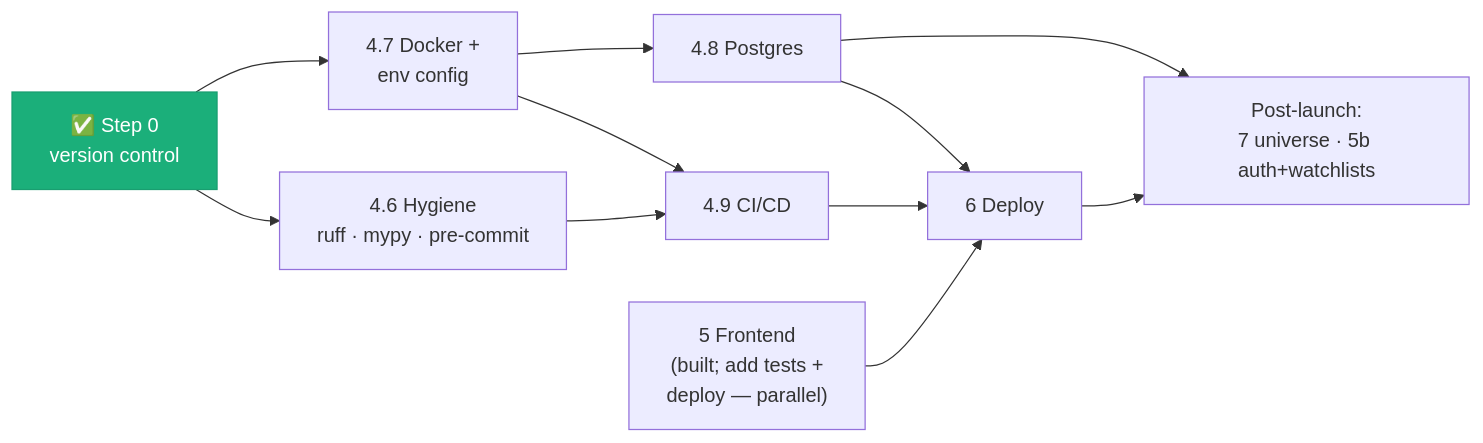
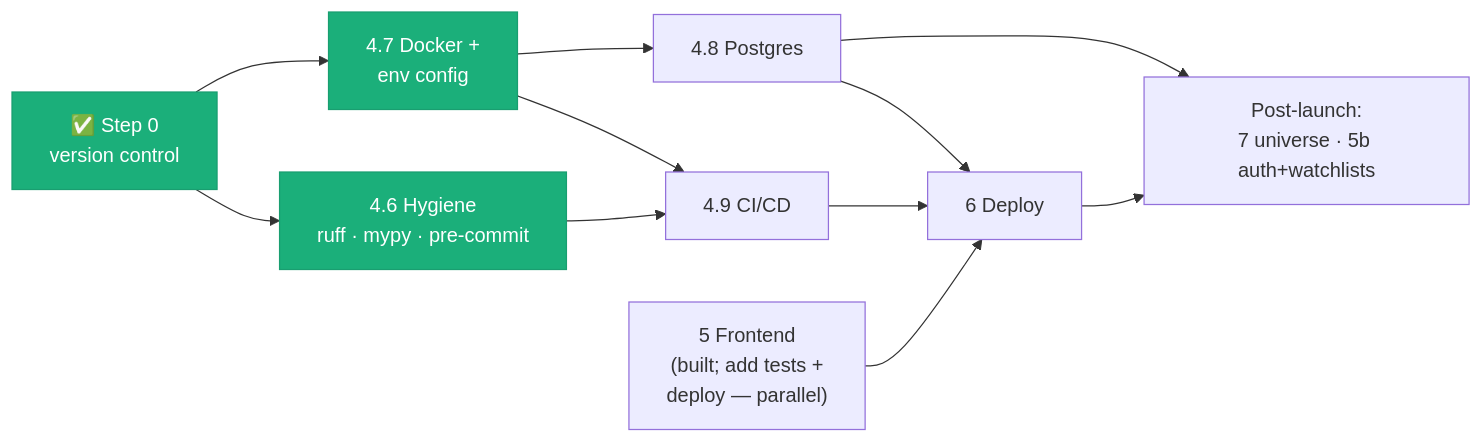
The diagram in docs/prod_roadmap/production-roadmap.md (ankitsree/stock_dependency_tracker), drawn with Mermaid before and after one commit. The commit also changed other lines of this file and 13 other files, not shown here.

````diff
--- a/docs/prod_roadmap/production-roadmap.md
+++ b/docs/prod_roadmap/production-roadmap.md
@@ -70,16 +70,16 @@
 ```mermaid
 flowchart LR
   S0["✅ Step 0<br/>version control"] --> H["4.6 Hygiene<br/>ruff · mypy · pre-commit"]
   S0 --> D["4.7 Docker +<br/>env config"]
   H --> CI["4.9 CI/CD"]
   D --> CI
   D --> DB["4.8 Postgres"]
   DB --> DEP["6 Deploy"]
   CI --> DEP
   FE["5 Frontend<br/>(built; add tests +<br/>deploy — parallel)"] --> DEP
   DEP --> POST["Post-launch:<br/>7 universe · 5b auth+watchlists"]
   DB --> POST
 
   classDef done fill:#1baf7a,stroke:#199e70,color:#fff;
-  class S0 done;
+  class S0,H,D done;
 ```
````
